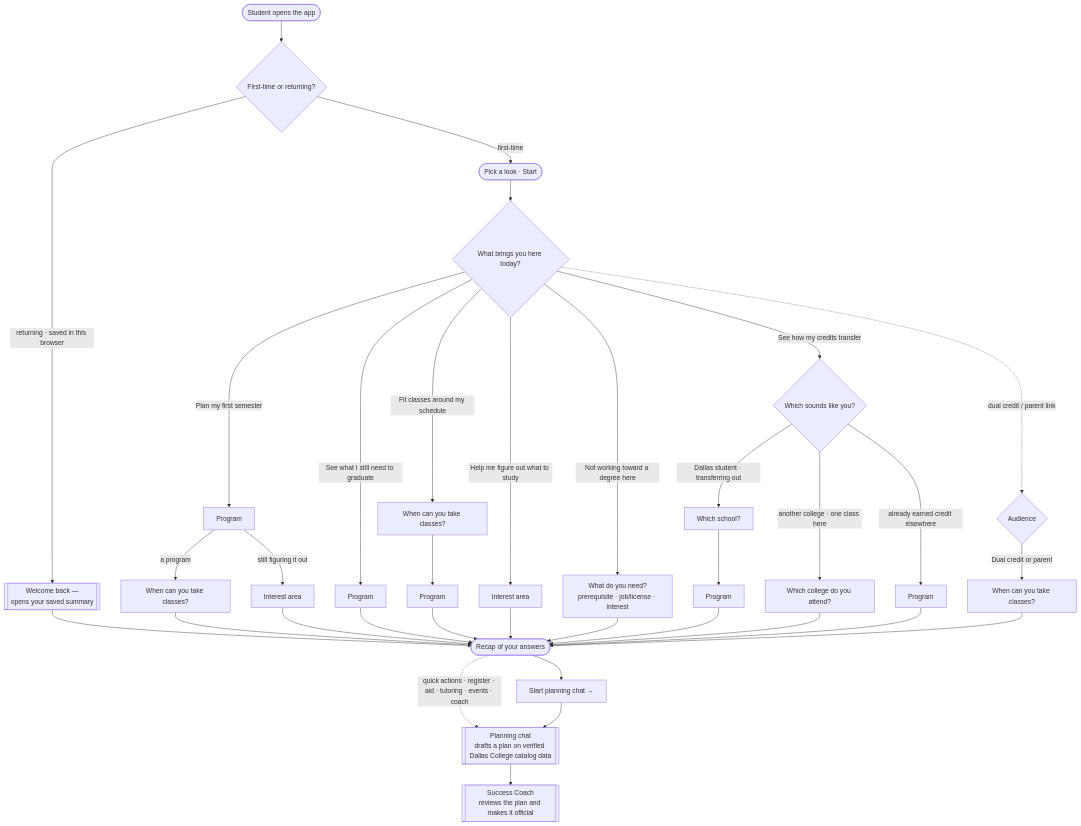
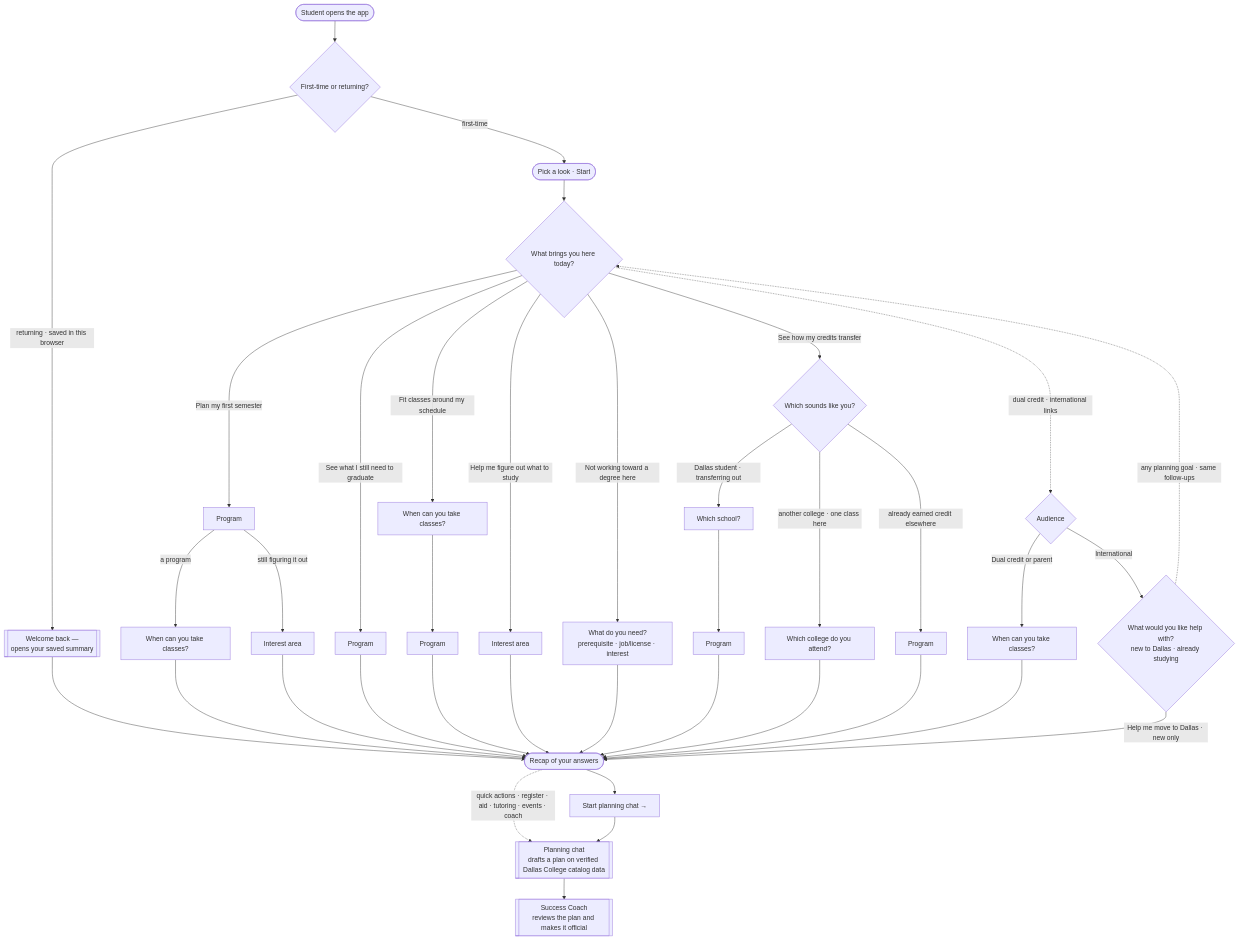
The diagram in docs/LANDING_ONBOARDING_UIUX.md (Dallas-College-AI-Club/success-coach-chatbot), drawn with Mermaid before and after one commit. The commit also changed other lines of this file and 12 other files, not shown here.

````diff
--- a/docs/LANDING_ONBOARDING_UIUX.md
+++ b/docs/LANDING_ONBOARDING_UIUX.md
@@ -74,32 +74,35 @@
 ```mermaid
 flowchart TD
     S([Student opens the app]) --> F{First-time or returning?}
     F -->|"returning · saved in this browser"| R[["Welcome back —<br/>opens your saved summary"]] --> E
     F -->|first-time| W([Pick a look · Start]) --> Q{"What brings you here today?"}
 
     Q -->|Plan my first semester| A1[Program]
     Q -->|See what I still need to graduate| A2[Program]
     Q -->|See how my credits transfer| D{"Which sounds like you?"}
     Q -->|Fit classes around my schedule| SC[When can you take classes?]
     Q -->|Help me figure out what to study| IN[Interest area]
     Q -->|Not working toward a degree here| ON["What do you need?<br/>prerequisite · job/license · interest"]
-    Q -. "dual credit / parent link" .-> AU{Audience}
+    Q -. "dual credit · international links" .-> AU{Audience}
 
     A1 -->|a program| A1s[When can you take classes?] --> E
     A1 -->|still figuring it out| A1i[Interest area] --> E
     A2 --> E
     SC --> SCp[Program] --> E
     IN --> E
     ON --> E
 
     D -->|"Dallas student · transferring out"| Do[Which school?] --> Dop[Program] --> E
     D -->|"another college · one class here"| Db[Which college do you attend?] --> E
     D -->|"already earned credit elsewhere"| Di[Program] --> E
 
     AU -->|Dual credit or parent| AUs[When can you take classes?] --> E
+    AU -->|International| IG{"What would you like help with?<br/>new to Dallas · already studying"}
+    IG -->|"Help me move to Dallas · new only"| E
+    IG -. "any planning goal · same follow-ups" .-> Q
 
     E([Recap of your answers]) --> H["Start planning chat →"]
     E -. "quick actions · register · aid · tutoring · events · coach" .-> C
     H --> C[["Planning chat<br/>drafts a plan on verified Dallas College catalog data"]]
     C --> V[["Success Coach<br/>reviews the plan and makes it official"]]
 ```
````
